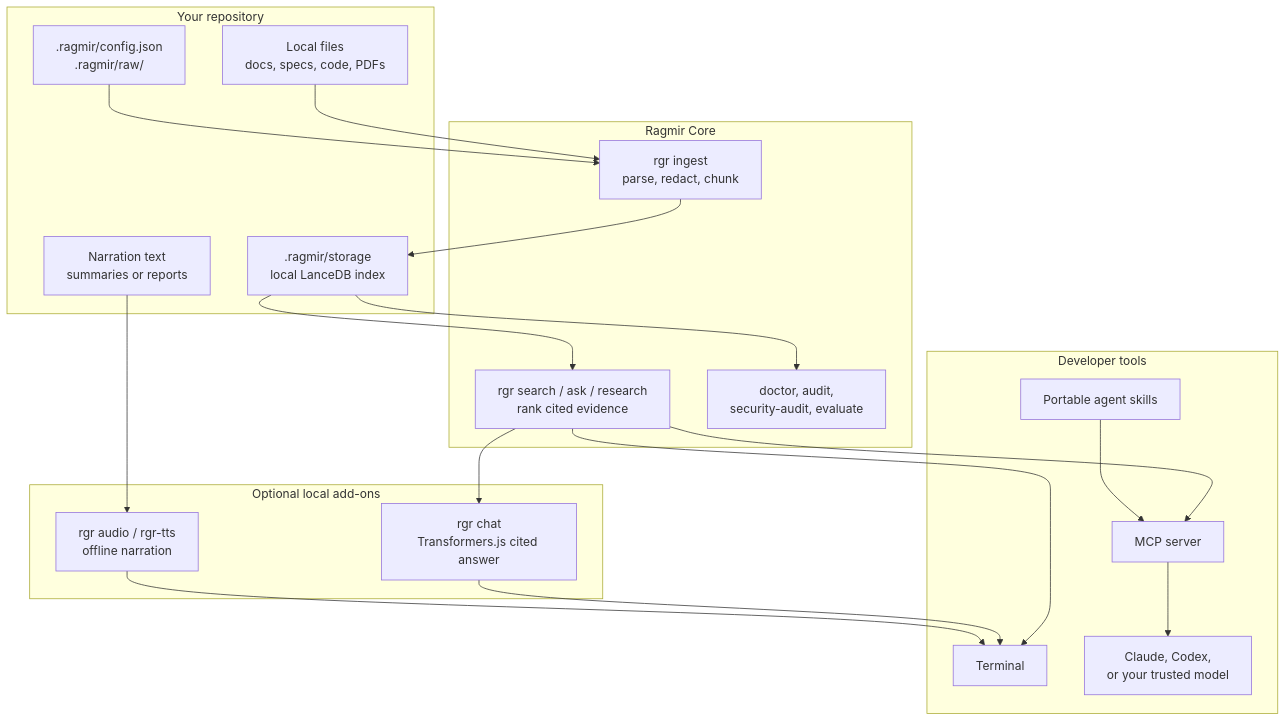
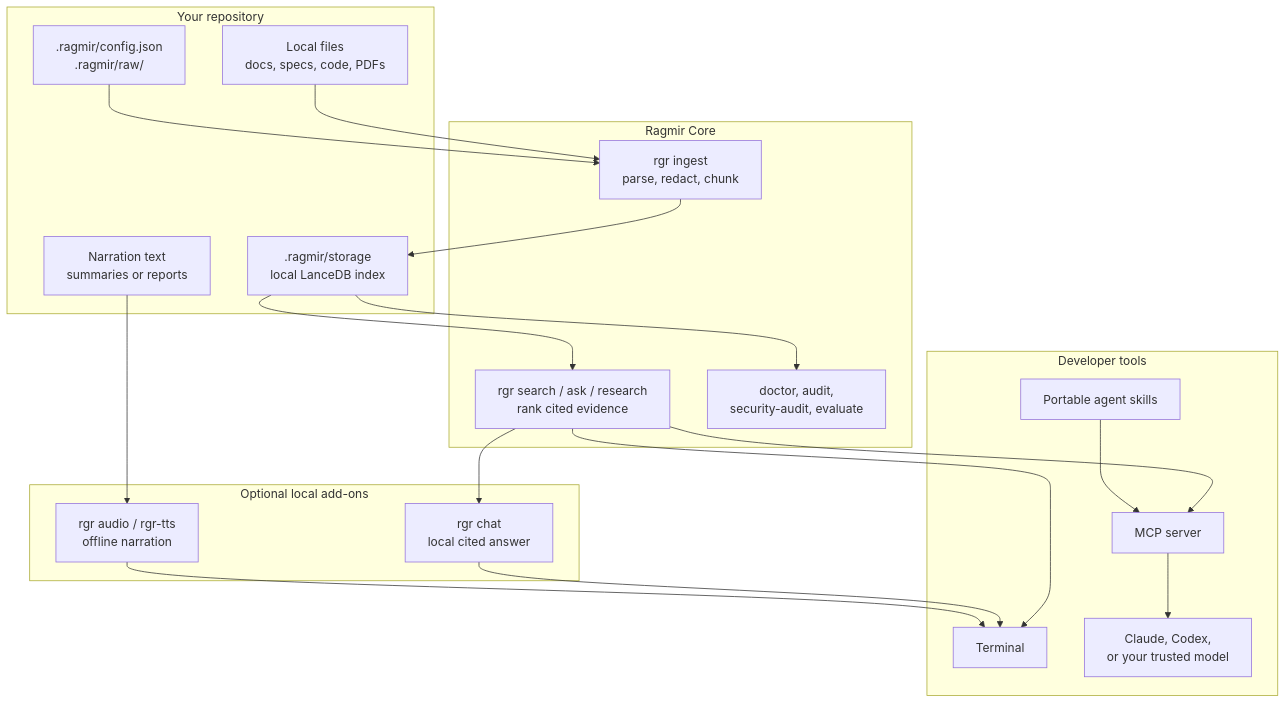
One commit to jcode-works/jcode-ragmir changed the diagram in README.md. Above: the diagram before and after it, drawn with Mermaid. The commit also changed other lines of this file and 90 other files, not shown here.

First line of the commit message:
feat(chat): release verified local Gemma runtime

````diff
--- a/README.md
+++ b/README.md
@@ -56,41 +56,41 @@
 ```mermaid
 flowchart TD
   subgraph Workspace["Your repository"]
     Docs["Local files<br/>docs, specs, code, PDFs"]
     Narration["Narration text<br/>summaries or reports"]
     Config[".ragmir/config.json<br/>.ragmir/raw/"]
     Index[".ragmir/storage<br/>local LanceDB index"]
   end
 
   subgraph Ragmir["Ragmir Core"]
     Ingest["rgr ingest<br/>parse, redact, chunk"]
     Retrieve["rgr search / ask / research<br/>rank cited evidence"]
     Audit["doctor, audit,<br/>security-audit, evaluate"]
   end
 
   subgraph Addons["Optional local add-ons"]
-    Chat["rgr chat<br/>Transformers.js cited answer"]
+    Chat["rgr chat<br/>local cited answer"]
     TTS["rgr audio / rgr-tts<br/>offline narration"]
   end
 
   subgraph Agents["Developer tools"]
     CLI["Terminal"]
     MCP["MCP server"]
     Skills["Portable agent skills"]
     LLM["Claude, Codex,<br/>or your trusted model"]
   end
 
   Docs --> Ingest
   Config --> Ingest
   Ingest --> Index
   Index --> Retrieve
   Index --> Audit
   Retrieve --> Chat
   Narration --> TTS
   Retrieve --> CLI
   Retrieve --> MCP
   Chat --> CLI
   TTS --> CLI
   Skills --> MCP
   MCP --> LLM
 ```
````
